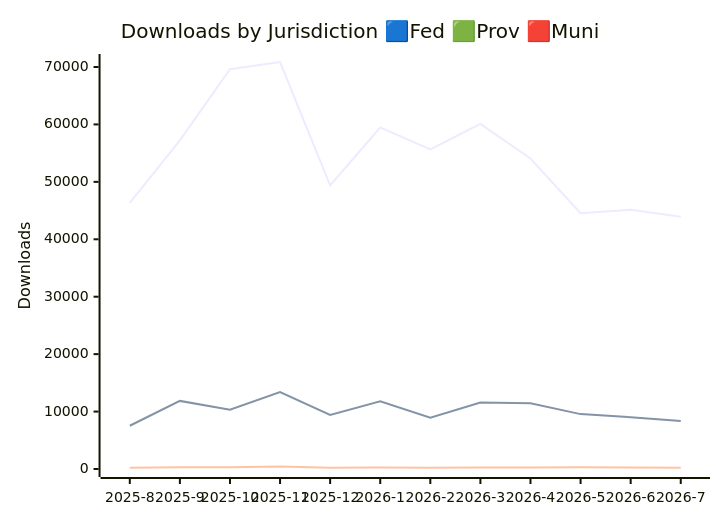
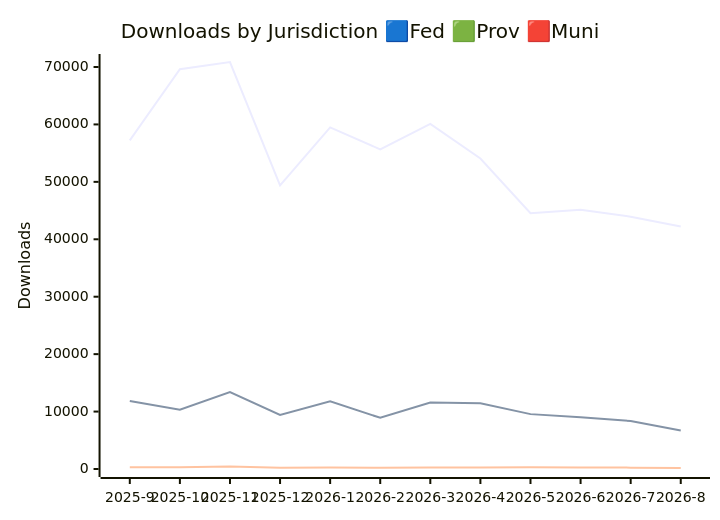
The first of 3 diagrams in JURISDICTION_ANALYTICS_REPORT/readme.md (PatLittle/analytics-corporate-reporting), drawn with Mermaid before and after one commit. The commit also changed other lines of this file and 3 other files, not shown here.

````diff
--- a/JURISDICTION_ANALYTICS_REPORT/readme.md
+++ b/JURISDICTION_ANALYTICS_REPORT/readme.md
@@ -14,10 +14,10 @@
 ```mermaid
 
 xychart-beta
     title "Downloads by Jurisdiction 🟦Fed 🟩Prov 🟥Muni"
-    x-axis [2025-8, 2025-9, 2025-10, 2025-11, 2025-12, 2026-1, 2026-2, 2026-3, 2026-4, 2026-5, 2026-6, 2026-7]
+    x-axis [2025-9, 2025-10, 2025-11, 2025-12, 2026-1, 2026-2, 2026-3, 2026-4, 2026-5, 2026-6, 2026-7, 2026-8]
     y-axis "Downloads" 0 --> 70870
-    line [46358, 57231, 69625, 70860, 49384, 59481, 55664, 60082, 54059, 44538, 45136, 43930]
-    line [7528, 11856, 10310, 13400, 9426, 11794, 8918, 11563, 11460, 9556, 9012, 8350]
-    line [234, 305, 313, 420, 224, 270, 228, 269, 267, 286, 274, 238]
+    line [57231, 69625, 70860, 49384, 59481, 55664, 60082, 54059, 44538, 45136, 43930, 42211]
+    line [11853, 10310, 13400, 9424, 11789, 8917, 11563, 11458, 9555, 9012, 8350, 6722]
+    line [305, 313, 420, 224, 270, 228, 269, 267, 286, 274, 238, 159]
 ```
````
